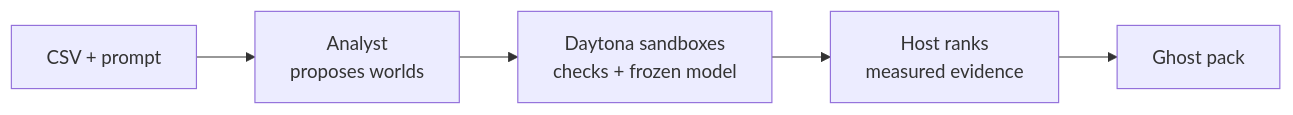
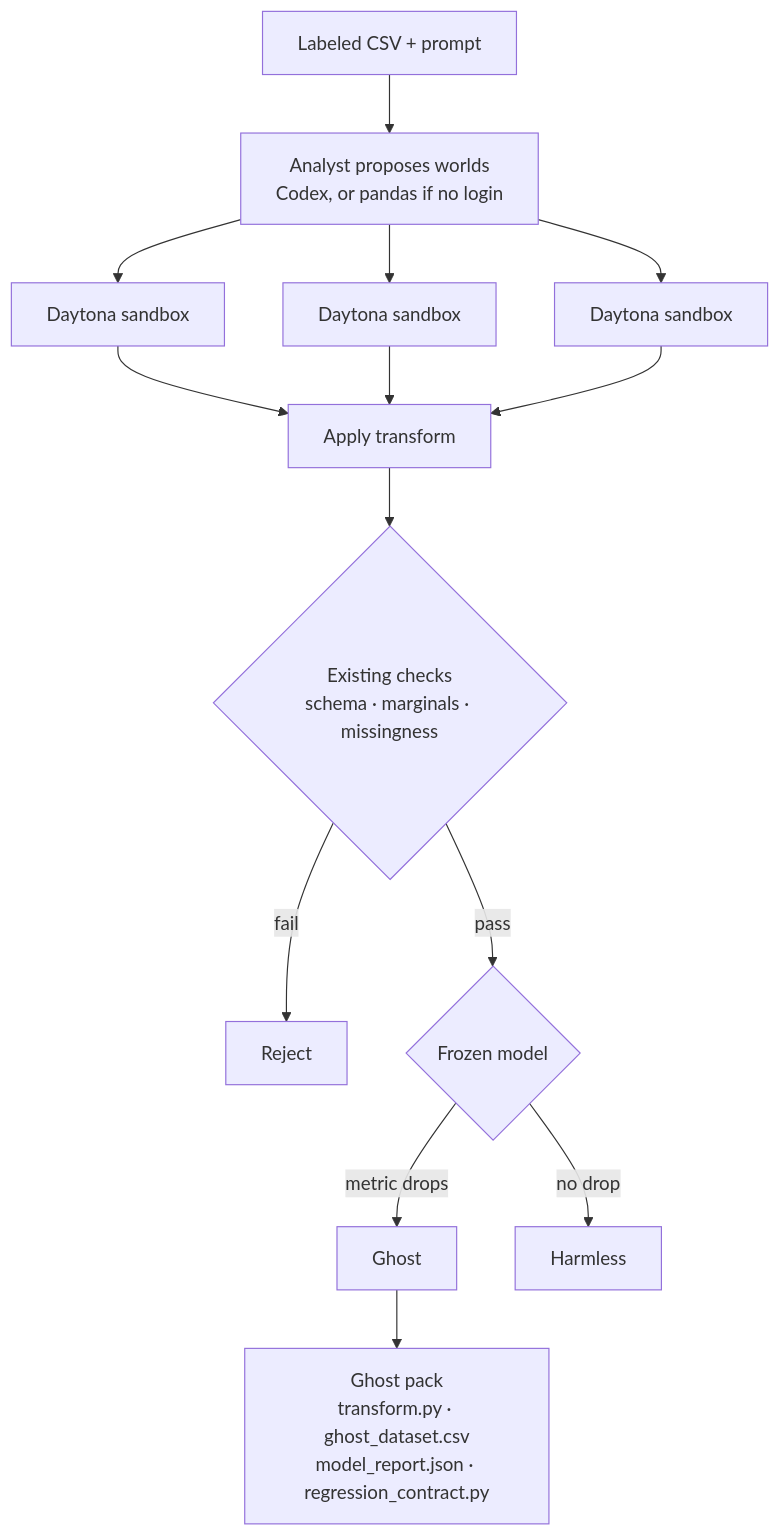
One commit to licongxu/GhostData changed the diagram in README.md. Above: the diagram before and after it, drawn with Mermaid. The commit also changed other lines of this file, not shown here.

Commit message:
Rename the run section and give architecture its own diagram.
"Judge demo" is internal jargon. The README now uses Quick start for
install and run, and a separate Architecture section for the product
loop: analyst proposes worlds, each Daytona sandbox applies a
transform, existing checks gate the frozen model, and only a measured
metric drop becomes a Ghost pack.

````diff
--- a/README.md
+++ b/README.md
@@ -9,7 +13,21 @@
 ```mermaid
-flowchart LR
-  A["CSV + prompt"] --> B["Analyst<br/>proposes worlds"]
-  B --> C["Daytona sandboxes<br/>checks + frozen model"]
-  C --> D["Host ranks<br/>measured evidence"]
-  D --> E["Ghost pack"]
+flowchart TB
+  U["Labeled CSV + prompt"] --> P["Analyst proposes worlds<br/>Codex, or pandas if no login"]
+
+  P --> S1["Daytona sandbox"]
+  P --> S2["Daytona sandbox"]
+  P --> S3["Daytona sandbox"]
+
+  S1 --> T["Apply transform"]
+  S2 --> T
+  S3 --> T
+
+  T --> K{"Existing checks<br/>schema · marginals · missingness"}
+  K -->|fail| X["Reject"]
+  K -->|pass| M{"Frozen model"}
+
+  M -->|metric drops| G["Ghost"]
+  M -->|no drop| H["Harmless"]
+
+  G --> Pack["Ghost pack<br/>transform.py · ghost_dataset.csv<br/>model_report.json · regression_contract.py"]
 ```
````
